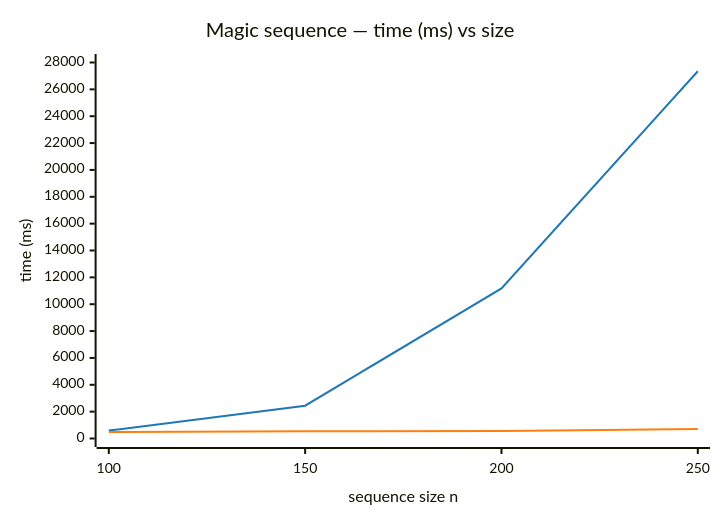
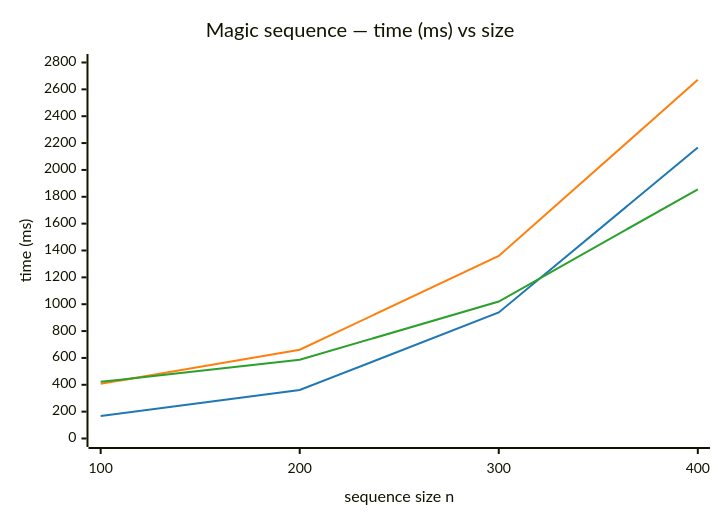
Before and after one commit to yangeorget/nucs: the fourth of 5 diagrams in articles/NuCS vs Choco/nucs-vs-choco.md, drawn with Mermaid. The commit also changed other lines of this file and 1 other file, not shown here.

````diff
--- a/articles/NuCS vs Choco/nucs-vs-choco.md
+++ b/articles/NuCS vs Choco/nucs-vs-choco.md
@@ -255,9 +272,10 @@
 ```mermaid
-%%{init: {"themeVariables": {"xyChart": {"plotColorPalette": "#1f77b4, #ff7f0e"}}}}%%
+%%{init: {"themeVariables": {"xyChart": {"plotColorPalette": "#1f77b4, #ff7f0e, #2ca02c"}}}}%%
 xychart-beta
     title "Magic sequence — time (ms) vs size"
-x-axis "sequence size n" [100, 150, 200, 250]
-y-axis "time (ms)" 0 --> 28000
-line [587, 2444, 11181, 27346]
-line [481, 532, 552, 709]
+    x-axis "sequence size n" [100, 200, 300, 400]
+    y-axis "time (ms)" 0 --> 2800
+    line [168, 361, 939, 2167]
+    line [407, 661, 1359, 2671]
+    line [422, 586, 1020, 1856]
 ```
````
